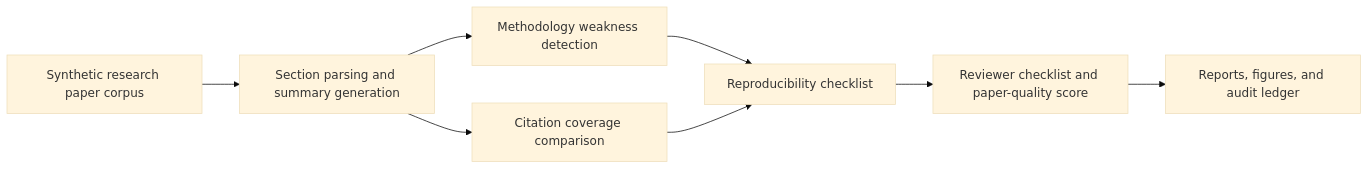
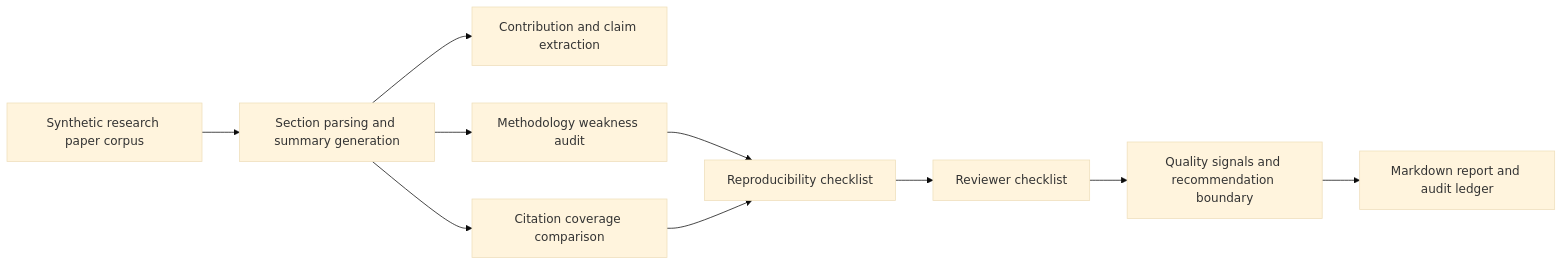
One commit to Hirakhyzer/ai-powered-research-paper-reviewer-assistant changed the diagram in README.md. Above: the diagram before and after it, drawn with Mermaid (base theme). The commit also changed other lines of this file, not shown here.

````diff
--- a/README.md
+++ b/README.md
@@ -35,10 +59,12 @@
 ```mermaid
 flowchart LR
   A[Synthetic research paper corpus] --> B[Section parsing and summary generation]
-  B --> C[Methodology weakness detection]
-  B --> D[Citation coverage comparison]
-  C --> E[Reproducibility checklist]
-  D --> E
-  E --> F[Reviewer checklist and paper-quality score]
-  F --> G[Reports, figures, and audit ledger]
+  B --> C[Contribution and claim extraction]
+  B --> D[Methodology weakness audit]
+  B --> E[Citation coverage comparison]
+  D --> F[Reproducibility checklist]
+  E --> F
+  F --> G[Reviewer checklist]
+  G --> H[Quality signals and recommendation boundary]
+  H --> I[Markdown report and audit ledger]
 ```
````
